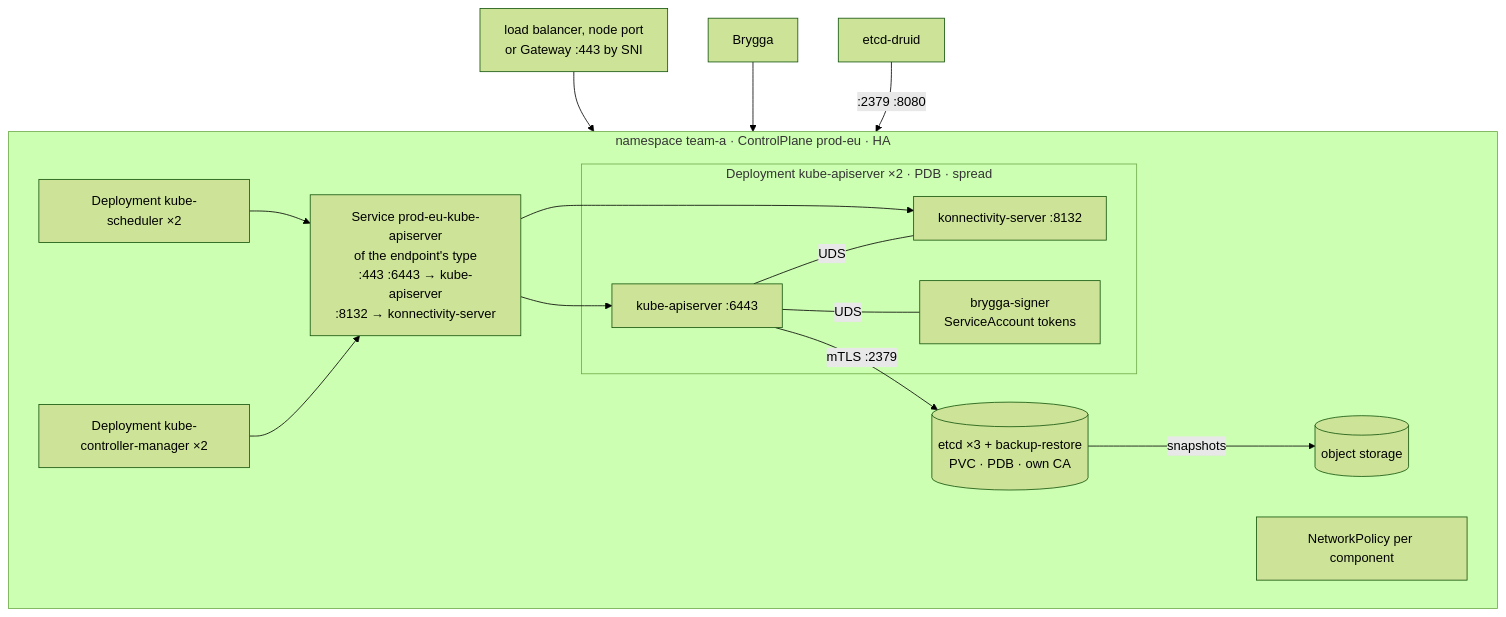
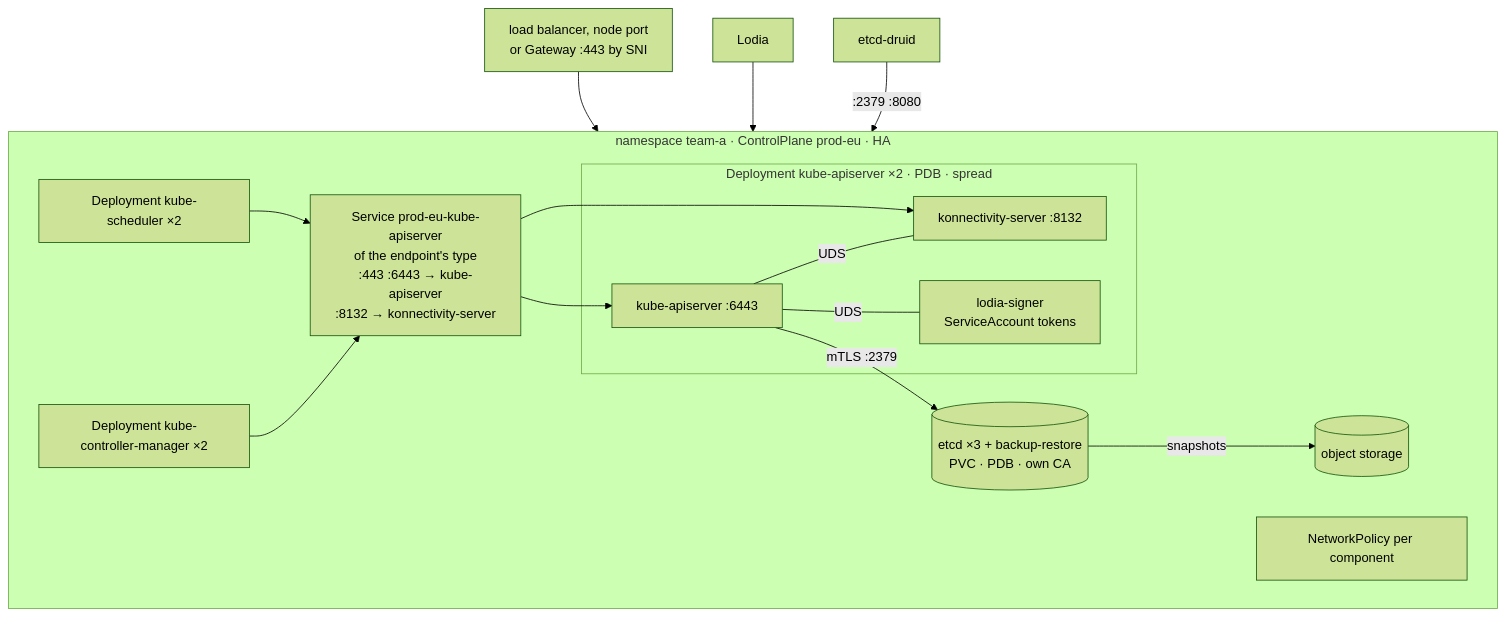
The third of 7 diagrams in docs/README.md (lodia-io/lodia), drawn with Mermaid (forest theme) before and after one commit. The commit also changed other lines of this file and 112 other files, not shown here.

````diff
--- a/docs/README.md
+++ b/docs/README.md
@@ -115,23 +115,23 @@
 ```mermaid
 flowchart TB
   subgraph ns["namespace team-a · ControlPlane prod-eu · HA"]
     direction LR
     subgraph kas["Deployment kube-apiserver ×2 · PDB · spread"]
       a["kube-apiserver :6443"] ---|UDS| k["konnectivity-server :8132"]
-      a ---|UDS| sg["brygga-signer<br/>ServiceAccount tokens"]
+      a ---|UDS| sg["lodia-signer<br/>ServiceAccount tokens"]
     end
     kcm["Deployment kube-controller-manager ×2"]
     sch["Deployment kube-scheduler ×2"]
     etcd[("etcd ×3 + backup-restore<br/>PVC · PDB · own CA")]
     svc["Service prod-eu-kube-apiserver<br/>of the endpoint's type<br/>:443 :6443 → kube-apiserver<br/>:8132 → konnectivity-server"]
     np["NetworkPolicy per component"]
     kcm --> svc --> a
     sch --> svc
     svc --> k
     a -->|mTLS :2379| etcd
     etcd -->|snapshots| s3[(object storage)]
   end
   ep["load balancer, node port<br/>or Gateway :443 by SNI"] --> svc
-  op["Brygga"] --> svc
+  op["Lodia"] --> svc
   druid["etcd-druid"] -->|:2379 :8080| etcd
 ```
````
